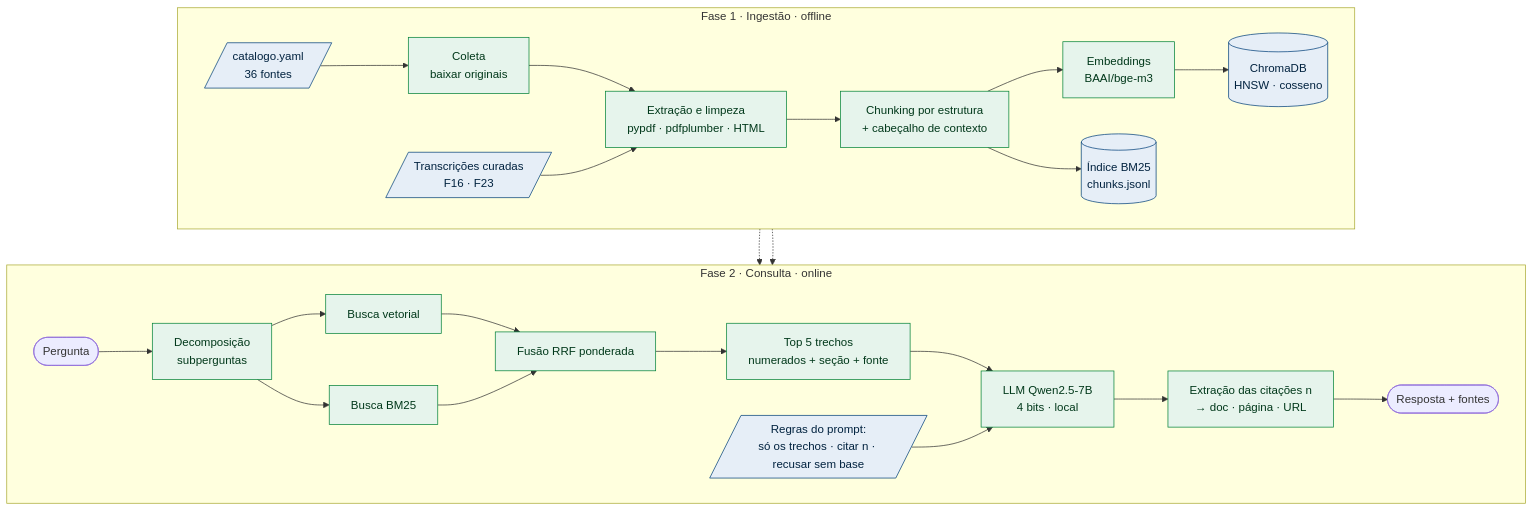
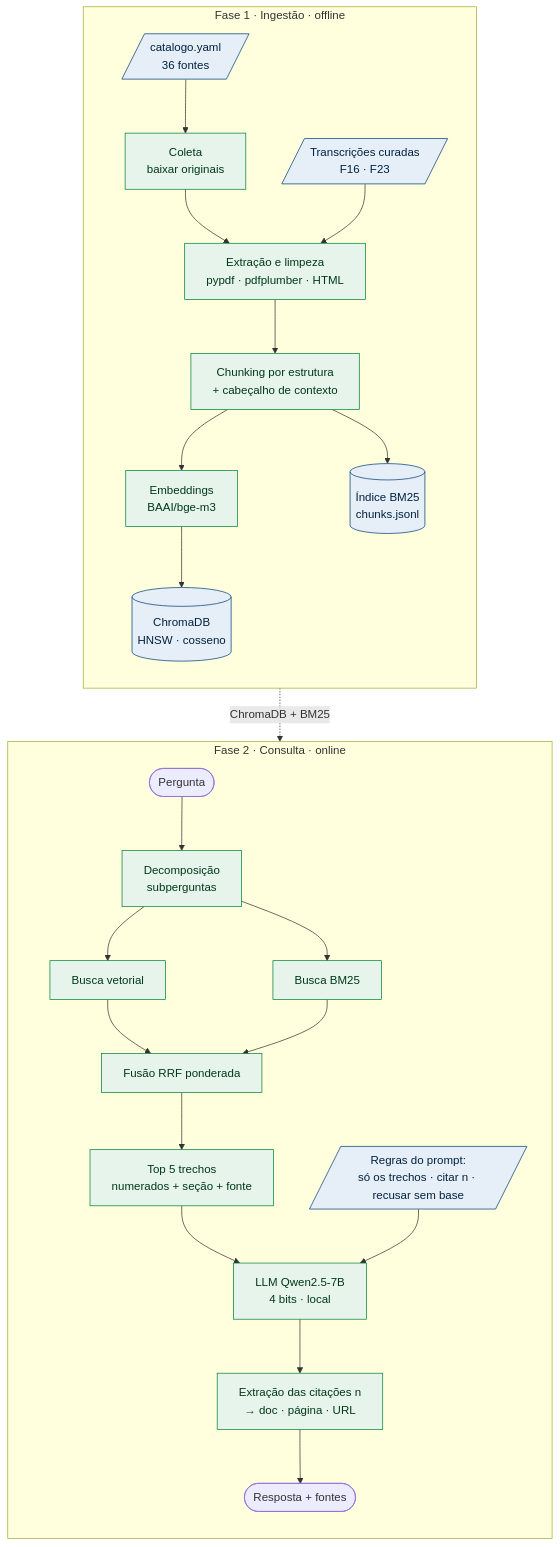
Before and after one commit to maykonjuso/residencia-grupo-4: the diagram in docs/entrega-2/arquitetura.md, drawn with Mermaid. The commit also changed other lines of this file and 10 other files, not shown here.

Commit message:
docs(entrega-2): adiciona referências a tabelas/figuras e verticaliza diagramas

````diff
--- a/docs/entrega-2/arquitetura.md
+++ b/docs/entrega-2/arquitetura.md
@@ -7,32 +9,31 @@
 ```mermaid
 flowchart TB
     subgraph OFF [Fase 1 · Ingestão · offline]
-        direction LR
+        direction TB
         CAT[/catalogo.yaml<br/>36 fontes/] --> DL[Coleta<br/>baixar originais]
         DL --> EX[Extração e limpeza<br/>pypdf · pdfplumber · HTML]
         CUR[/Transcrições curadas<br/>F16 · F23/] --> EX
         EX --> CH[Chunking por estrutura<br/>+ cabeçalho de contexto]
         CH --> EM[Embeddings<br/>BAAI/bge-m3]
         CH --> BM[(Índice BM25<br/>chunks.jsonl)]
         EM --> VDB[(ChromaDB<br/>HNSW · cosseno)]
     end
     subgraph ON [Fase 2 · Consulta · online]
-        direction LR
+        direction TB
         Q([Pergunta]) --> DEC[Decomposição<br/>subperguntas]
         DEC --> RV[Busca vetorial]
         DEC --> RL[Busca BM25]
         RV --> RRF[Fusão RRF ponderada]
         RL --> RRF
         RRF --> CTX[Top 5 trechos<br/>numerados + seção + fonte]
         CTX --> LLM[LLM Qwen2.5-7B<br/>4 bits · local]
         PR[/Regras do prompt:<br/>só os trechos · citar n · recusar sem base/] --> LLM
         LLM --> CIT[Extração das citações n<br/>→ doc · página · URL]
         CIT --> R([Resposta + fontes])
     end
-    VDB -.-> RV
-    BM -.-> RL
+    OFF -.->|"ChromaDB + BM25"| ON
     classDef dado fill:#e6eef7,stroke:#003f7a,color:#00223f
     classDef proc fill:#e6f4ec,stroke:#008137,color:#00381a
     class CAT,CUR,BM,VDB,PR dado
     class DL,EX,CH,EM,DEC,RV,RL,RRF,CTX,LLM,CIT proc
 ```
````
